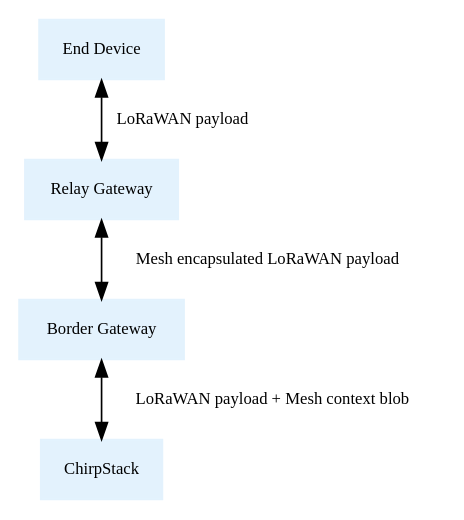
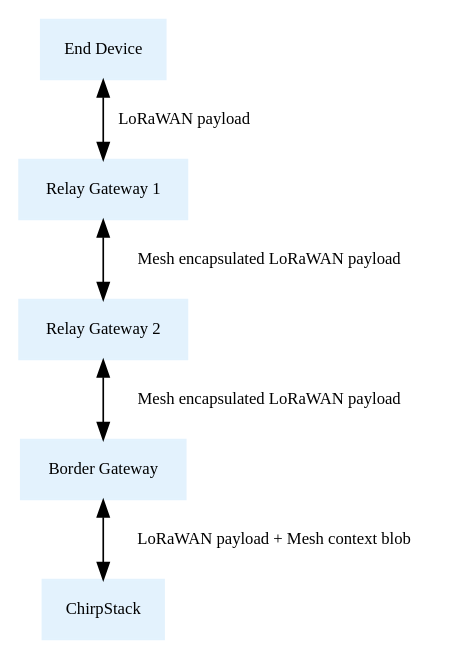
The first of 2 diagrams in src/chirpstack-gateway-mesh/index.md (chirpstack/chirpstack-docs), drawn with Graphviz before and after one commit. The commit also changed other lines of this file and 1 other file, not shown here.

Commit message:
Update Gateway Mesh docs + add Relay stats.

````diff
--- a/src/chirpstack-gateway-mesh/index.md
+++ b/src/chirpstack-gateway-mesh/index.md
@@ -16,14 +21,15 @@
 ```dot process
 digraph G {
     node [shape=record,fontsize="10"];
     edge [fontsize="10"];
     fontsize="10";
     style=filled;
     color="#bbdefb";
     node [style=filled,color="#e3f2fd"];
 
-    "End Device" -> "Relay Gateway" [dir="both", label="LoRaWAN payload"];
-    "Relay Gateway" -> "Border Gateway" [dir="both", label="Mesh encapsulated LoRaWAN payload"];
+    "End Device" -> "Relay Gateway 1" [dir="both", label="LoRaWAN payload"];
+    "Relay Gateway 1" -> "Relay Gateway 2" [dir="both", label="Mesh encapsulated LoRaWAN payload"];
+    "Relay Gateway 2" -> "Border Gateway" [dir="both", label="Mesh encapsulated LoRaWAN payload"];
     "Border Gateway" -> "ChirpStack" [dir="both", label="LoRaWAN payload + Mesh context blob"];
 }
 ```
````
